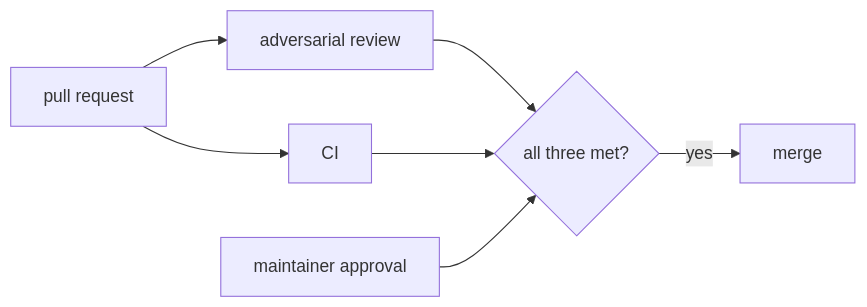
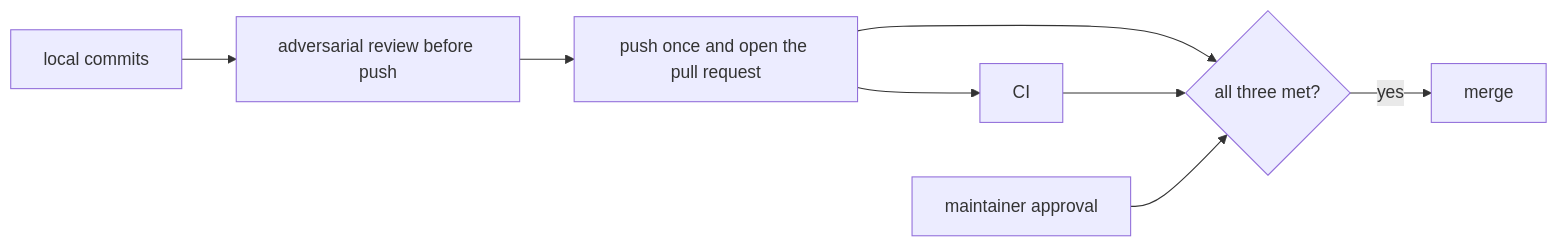
The second of 2 diagrams in docs/development/onboarding.md (suchi/flying-microwave), drawn with Mermaid before and after one commit. The commit also changed other lines of this file and 5 other files, not shown here.

First line of the commit message:
docs: review before the first push

````diff
--- a/docs/development/onboarding.md
+++ b/docs/development/onboarding.md
@@ -77,9 +77,10 @@
 ```mermaid
 flowchart LR
-    pr["pull request"] --> review["adversarial review"]
+    commit["local commits"] --> review["adversarial review before push"]
+    review --> pr["push once and open the pull request"]
     pr --> ci["CI"]
-    review --> gate{"all three met?"}
+    pr --> gate{"all three met?"}
     ci --> gate
     approval["maintainer approval"] --> gate
     gate -->|"yes"| merge["merge"]
 ```
````
